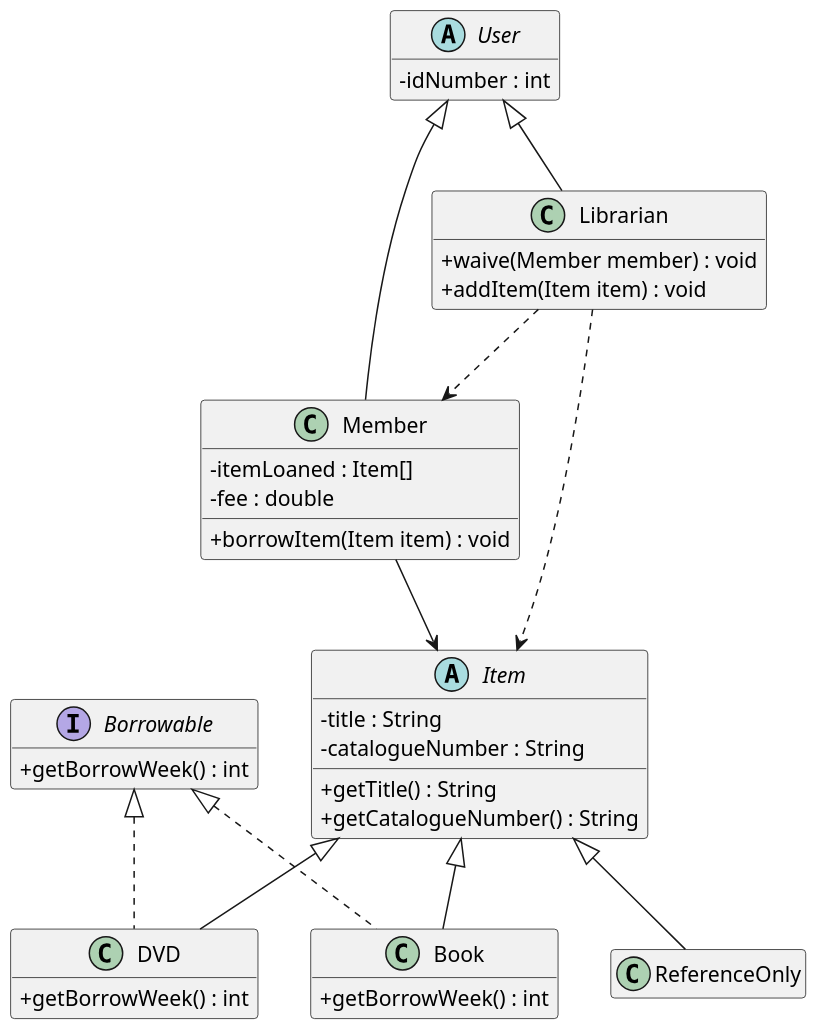
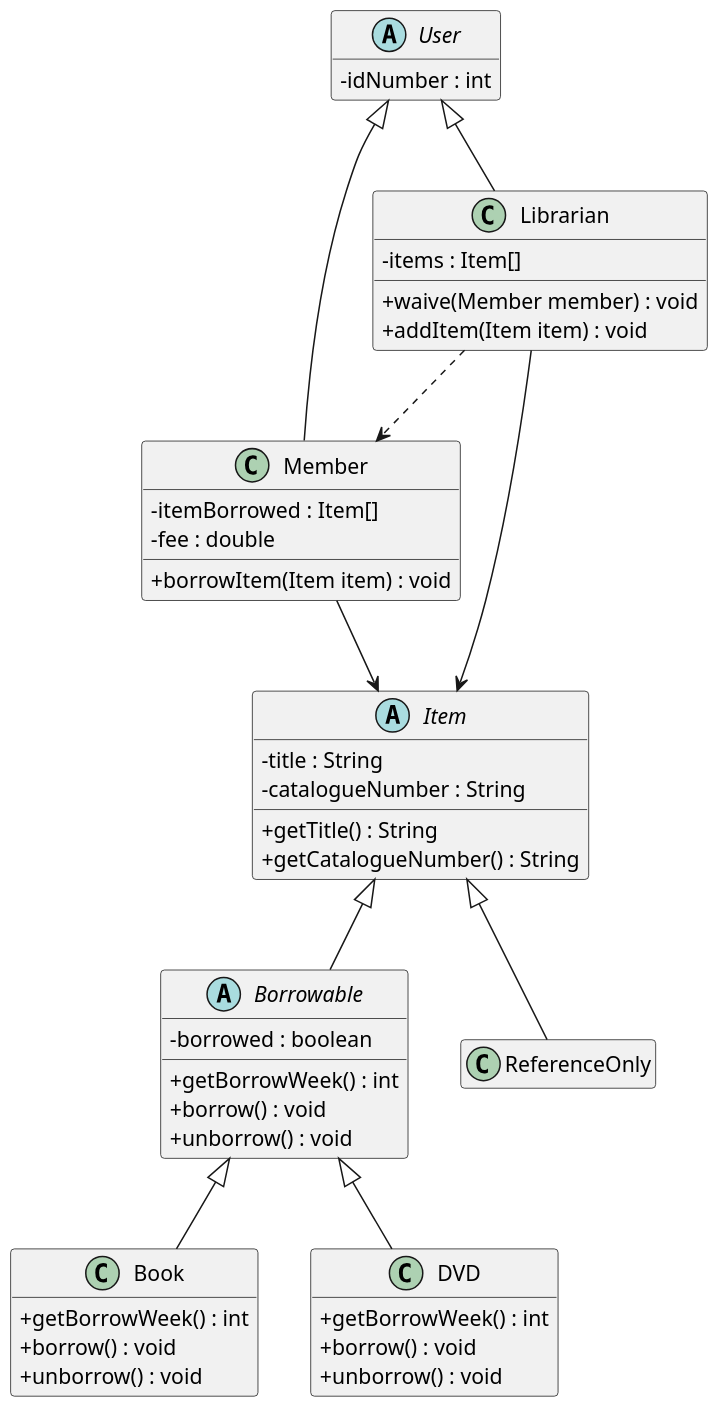
Before and after one commit to MichaelZiyu/207-course-notes: the diagram in plantuml/exercises/library-uml-starter.puml, drawn with PlantUML. The commit also changed 1 other file, not shown here.

```diff
--- a/plantuml/exercises/library-uml-starter.puml
+++ b/plantuml/exercises/library-uml-starter.puml
@@ -1,85 +1,93 @@
 @startuml
 skinparam dpi 150
 skinparam classAttributeIconSize 0
 hide empty members
 
 ' Your task (Chapter 8, Question 1): draw the UML class diagram for the library
 ' specification — items, books, DVDs, reference-only items, members, librarians,
 ' and holds.
 '
 ' Define each type as a box, then connect them with the right arrows. One box
 ' (Item) is filled in as an example — decide on the rest yourself. There is more
 ' than one defensible answer.
 '
 ' PlantUML cheat-sheet:
 '   interface Name { + method() : Type }
 '   abstract class Name { # field : Type }
 '   class Name { - field : Type }
 '   Parent    <|-- Child    ' generalization: Child extends Parent
 '   Interface <|.. Class    ' realization:    Class implements Interface
 ' (Putting the parent/interface on the LEFT of the arrow keeps it on top, which
 '  is the convention used in these notes.)
 
 ' A library lets members borrow items. Each item has a title and a unique catalogue
 ' number. Books can be borrowed for three weeks; DVDs can be borrowed for one week.
 ' Some items are reference-only and cannot be borrowed at all. Members log in with
 ' a member number and can place a hold on an item that is currently on loan.
 ' Librarians can add new items to the catalogue and can waive a member's late fee.
 
 abstract class Item {
   - title : String
   - catalogueNumber : String
   + getTitle() : String
   + getCatalogueNumber() : String
+
 }
 
-interface Borrowable {
+abstract class Borrowable extends Item{
+  - borrowed : boolean
   + getBorrowWeek() : int
+  + borrow() : void
+  + unborrow() : void
 }
 
-class Book extends Item implements Borrowable{
+class Book extends Borrowable{
   + getBorrowWeek() : int
+  + borrow() : void
+  + unborrow() : void
 }
 
-class DVD extends Item implements Borrowable{
+class DVD extends Borrowable{
   + getBorrowWeek() : int
+  + borrow() : void
+  + unborrow() : void
 }
 
 class Member extends User{
-  - itemLoaned : Item[]
+  - itemBorrowed : Item[]
   - fee : double
   + borrowItem(Item item) : void
 }
 
 class ReferenceOnly extends Item {
-
 }
 
 ' TODO: add boxes for Book and DVD. What differs between them — a whole class,
 '       or just the value of a loan-period field?
 
 ' TODO: reference-only items cannot be borrowed at all. Decide how to say that
 '       in the diagram: a subclass, or an interface (e.g. "Borrowable") that
 '       only some items realize?
 
 ' TODO: add Member and Librarian. What do they have in common? Add the common
 '       supertype if you think one is warranted.
 abstract class User {
   - idNumber : int
 }
 
 class Librarian extends User {
+    - items : Item[]
     + waive(Member member) : void
     + addItem(Item item) : void
 }
 ' TODO: add whatever represents a hold, and connect it to the classes that need
 '       to know about it.
 
 ' TODO: add the arrows between all of your types.
 Member  -->  Item
-Librarian ..> Item
+Librarian --> Item
 Librarian ..> Member
 
 
 
 @enduml
```
